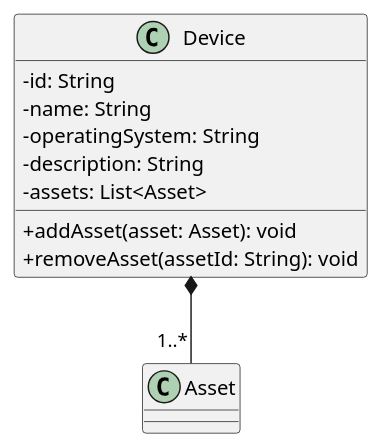
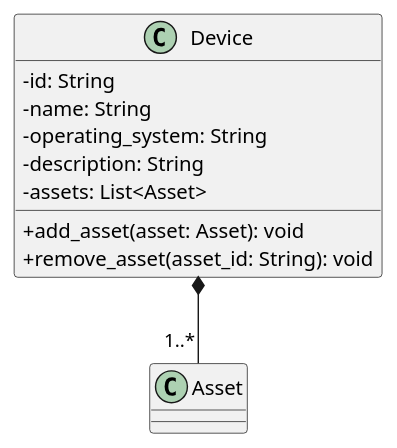
Before and after one commit to GroupRubberDuck/Documentazione: the diagram in src/PB/DocumentazioneEsterna/Specifica_Tecnica/content/uml/puml/Diagrammi_classi/Dominio/Device.puml, drawn with PlantUML. The commit also changed 6 other files, not shown here.

```diff
--- a/src/PB/DocumentazioneEsterna/Specifica_Tecnica/content/uml/puml/Diagrammi_classi/Dominio/Device.puml
+++ b/src/PB/DocumentazioneEsterna/Specifica_Tecnica/content/uml/puml/Diagrammi_classi/Dominio/Device.puml
@@ -1,18 +1,18 @@
 @startuml Device
 skinparam linetype ortho
 skinparam classAttributeIconSize 0
 
 class Device {
     - id: String
     - name: String
-    - operatingSystem: String
+    - operating_system: String
     - description: String
     - assets: List<Asset>
 
-    + addAsset(asset: Asset): void
-    + removeAsset(assetId: String): void
+    + add_asset(asset: Asset): void
+    + remove_asset(asset_id: String): void
 }
 
 Device *-- "1..*" Asset
 
 @enduml
```
